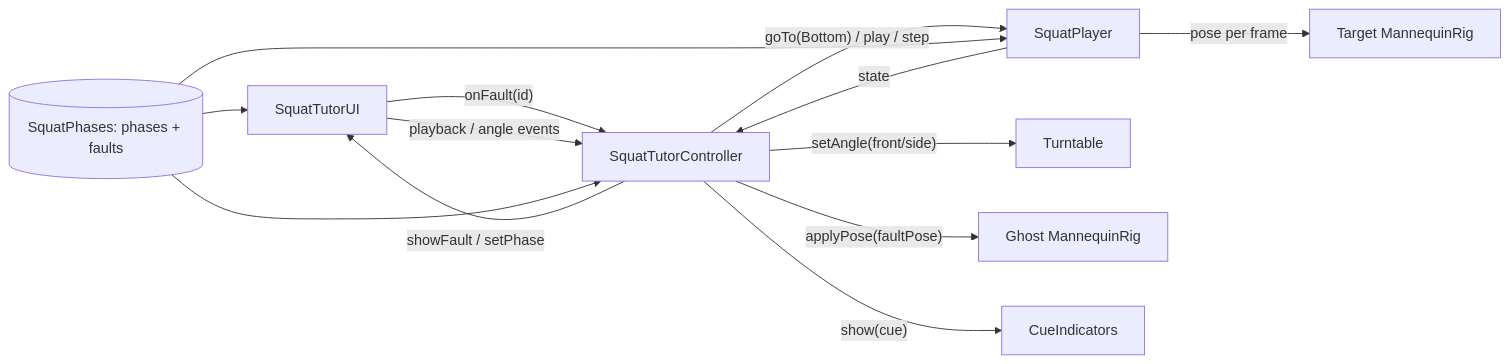
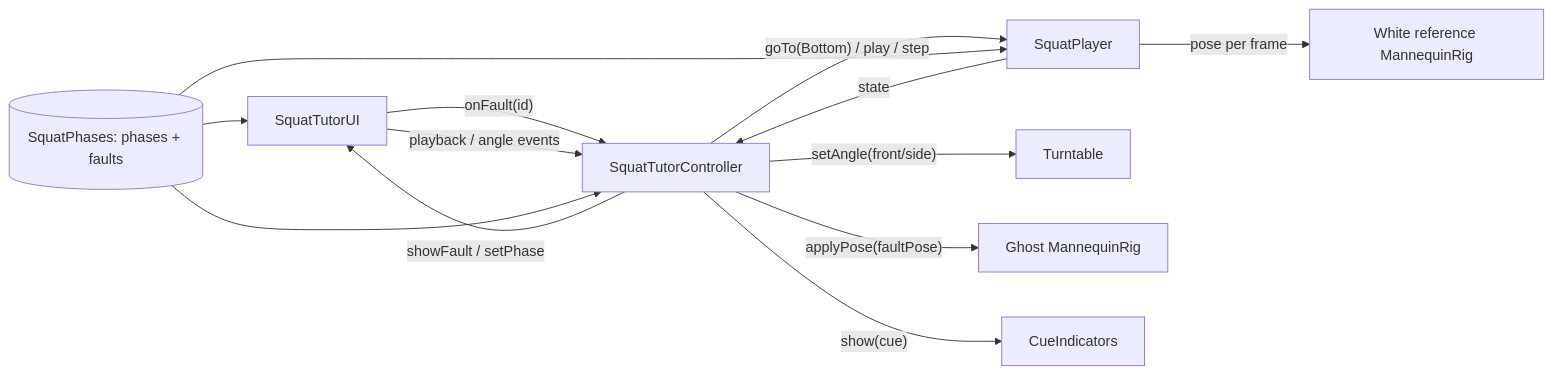
One commit to Sidd927/learn-ar-with-specs-2026 changed the diagram in docs/RECOMMENDED_PRODUCT_ARCHITECTURE.md. Above: the diagram before and after it, drawn with Mermaid. The commit also changed other lines of this file and 17 other files, not shown here.

````diff
--- a/docs/RECOMMENDED_PRODUCT_ARCHITECTURE.md
+++ b/docs/RECOMMENDED_PRODUCT_ARCHITECTURE.md
@@ -33,15 +35,15 @@
 ```mermaid
 flowchart LR
   UI[SquatTutorUI] -- onFault(id) --> C[SquatTutorController]
   UI -- playback / angle events --> C
   C -- goTo(Bottom) / play / step --> P[SquatPlayer]
   C -- setAngle(front/side) --> T[Turntable]
   C -- applyPose(faultPose) --> G[Ghost MannequinRig]
-  P -- pose per frame --> R[Target MannequinRig]
+  P -- pose per frame --> R[White reference MannequinRig]
   P -- state --> C
   C -- showFault / setPhase --> UI
   C -- show(cue) --> Q[CueIndicators]
   D[(SquatPhases: phases + faults)] --> P
   D --> C
   D --> UI
 ```
````
